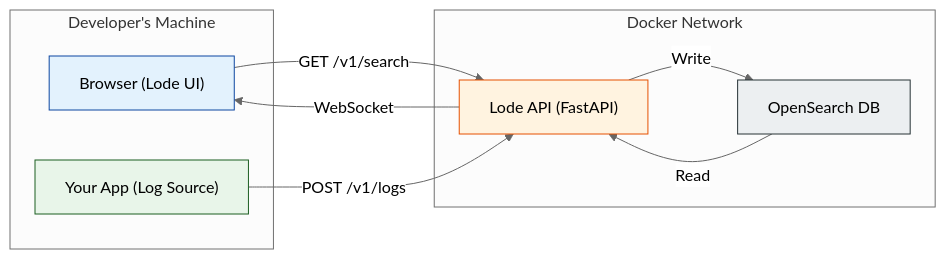
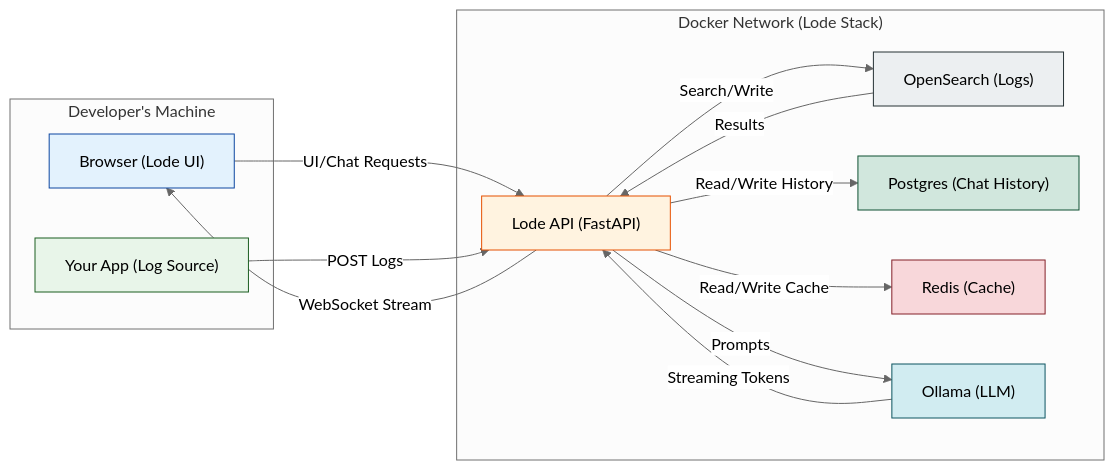
The diagram in profile/README.md (lode-dev/.github), drawn with Mermaid (neutral theme) before and after one commit. The commit also changed other lines of this file, not shown here.

````diff
--- a/profile/README.md
+++ b/profile/README.md
@@ -48,23 +53,36 @@
 ```mermaid
 graph LR
     subgraph "Developer's Machine"
         A["Browser (Lode UI)"]
         B["Your App (Log Source)"]
     end
 
-    subgraph "Docker Network"
+    subgraph "Docker Network (Lode Stack)"
         C["Lode API (FastAPI)"]
-        D["OpenSearch DB"]
+        D["OpenSearch (Logs)"]
+        E["Postgres (Chat History)"]
+        F["Redis (Cache)"]
+        G["Ollama (LLM)"]
     end
 
-    A -- GET /v1/search --> C
-    B -- POST /v1/logs --> C
-    C -- WebSocket --> A
-    C -- Write --> D
-    D -- Read --> C
+    A -- "UI/Chat Requests" --> C
+    B -- "POST Logs" --> C
+    C -- "WebSocket Stream" --> A
+    
+    C -- "Search/Write" --> D
+    D -- "Results" --> C
+    
+    C -- "Read/Write History" --> E
+    C -- "Read/Write Cache" --> F
+    
+    C -- "Prompts" --> G
+    G -- "Streaming Tokens" --> C
 
     style A fill:#E3F2FD,stroke:#0D47A1
     style B fill:#E8F5E9,stroke:#1B5E20
     style C fill:#FFF3E0,stroke:#E65100
     style D fill:#ECEFF1,stroke:#263235
+    style E fill:#D1E7DD,stroke:#0f5132
+    style F fill:#F8D7DA,stroke:#842029
+    style G fill:#D1ECF1,stroke:#0c5460
 ```
````
